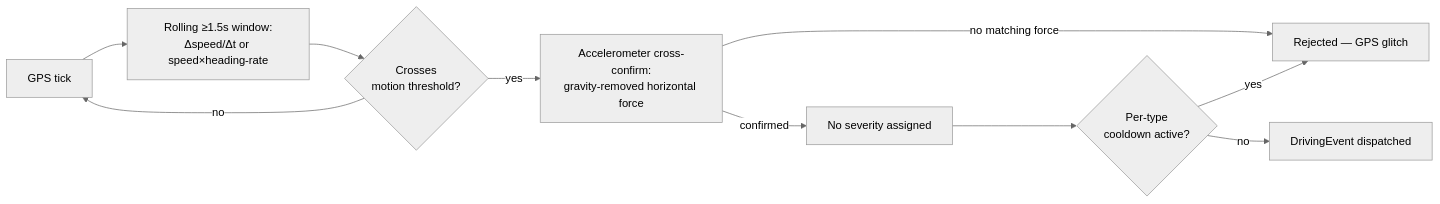
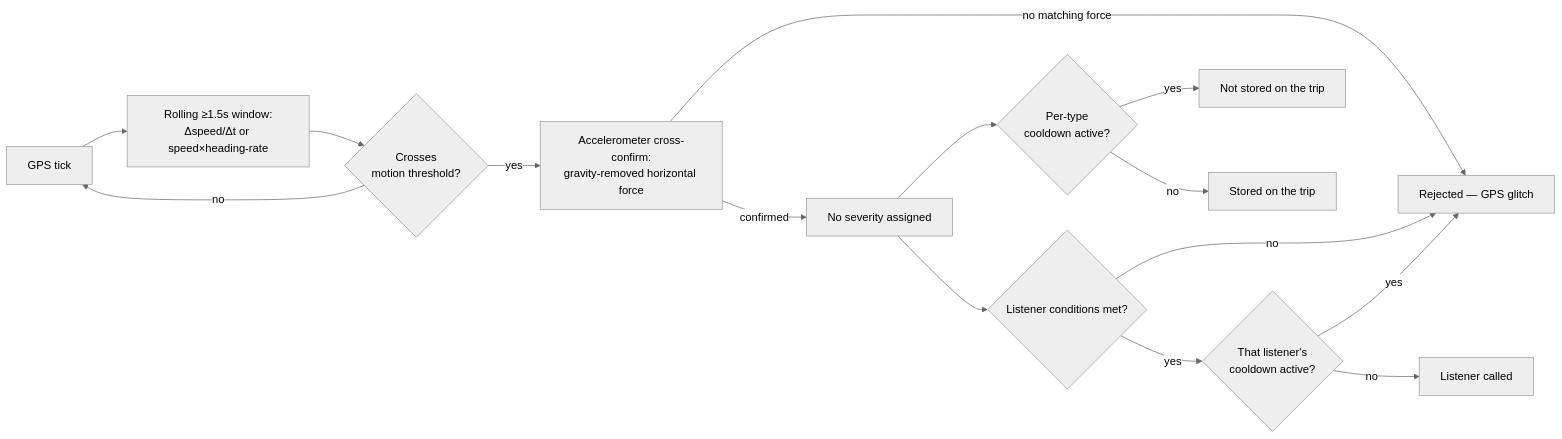
The first of 2 diagrams in mobile/src/lib/driving-sdk/docs/event-detection.md (Carma-Team/carma), drawn with Mermaid (neutral theme) before and after one commit. The commit also changed other lines of this file and 4 other files, not shown here.

````diff
--- a/mobile/src/lib/driving-sdk/docs/event-detection.md
+++ b/mobile/src/lib/driving-sdk/docs/event-detection.md
@@ -29,12 +29,17 @@
 ```mermaid
 flowchart LR
     A[GPS tick] --> B[Rolling ≥1.5s window:<br/>Δspeed/Δt or speed×heading-rate]
     B --> C{Crosses<br/>motion threshold?}
     C -- no --> A
     C -- yes --> D[Accelerometer cross-confirm:<br/>gravity-removed horizontal force]
     D -- no matching force --> E[Rejected — GPS glitch]
     D -- confirmed --> F[No severity assigned]
     F --> G{Per-type<br/>cooldown active?}
-    G -- yes --> E
-    G -- no --> H[DrivingEvent dispatched]
+    G -- yes --> I[Not stored on the trip]
+    G -- no --> H[Stored on the trip]
+    F --> J{Listener conditions met?}
+    J -- no --> E
+    J -- yes --> K{That listener's<br/>cooldown active?}
+    K -- yes --> E
+    K -- no --> L[Listener called]
 ```
````
